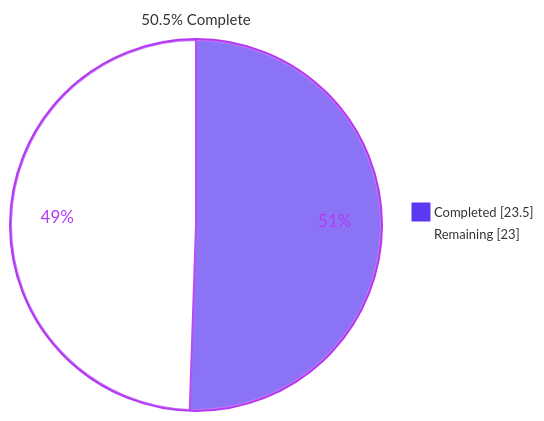
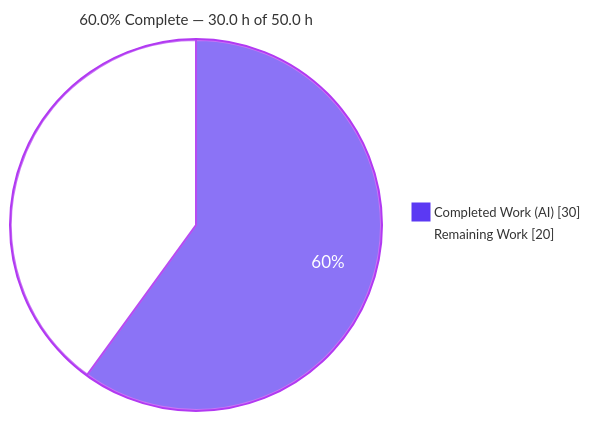
Before and after one commit to blitzy-public-samples/hello-world2-0r6b4x: the first of 4 diagrams in blitzy/documentation/Project Guide.md, drawn with Mermaid. The commit also changed other lines of this file, not shown here.

Commit message:
Adding Blitzy Project Guide: Project Status and Human Tasks Remaining

````diff
--- a/blitzy/documentation/Project Guide.md
+++ b/blitzy/documentation/Project Guide.md
@@ -18,6 +22,6 @@
 ```mermaid
-%%{init: {"theme":"base","themeVariables":{"pie1":"#5B39F3","pie2":"#FFFFFF","pieStrokeColor":"#B23AF2","pieOuterStrokeColor":"#B23AF2","pieSectionTextColor":"#B23AF2","pieTitleTextSize":"15px","pieLegendTextSize":"13px"}}}%%
-pie showData title 50.5% Complete
-    "Completed" : 23.5
-    "Remaining" : 23.0
+%%{init: {"theme":"base","themeVariables":{"pie1":"#5B39F3","pie2":"#FFFFFF","pieStrokeColor":"#B23AF2","pieStrokeWidth":"2px","pieOuterStrokeColor":"#B23AF2","pieOuterStrokeWidth":"2px","pieSectionTextColor":"#FFFFFF","pieTitleTextSize":"15px","pieLegendTextSize":"13px"}}}%%
+pie showData title 60.0% Complete — 30.0 h of 50.0 h
+    "Completed Work (AI)" : 30
+    "Remaining Work" : 20
 ```
````
